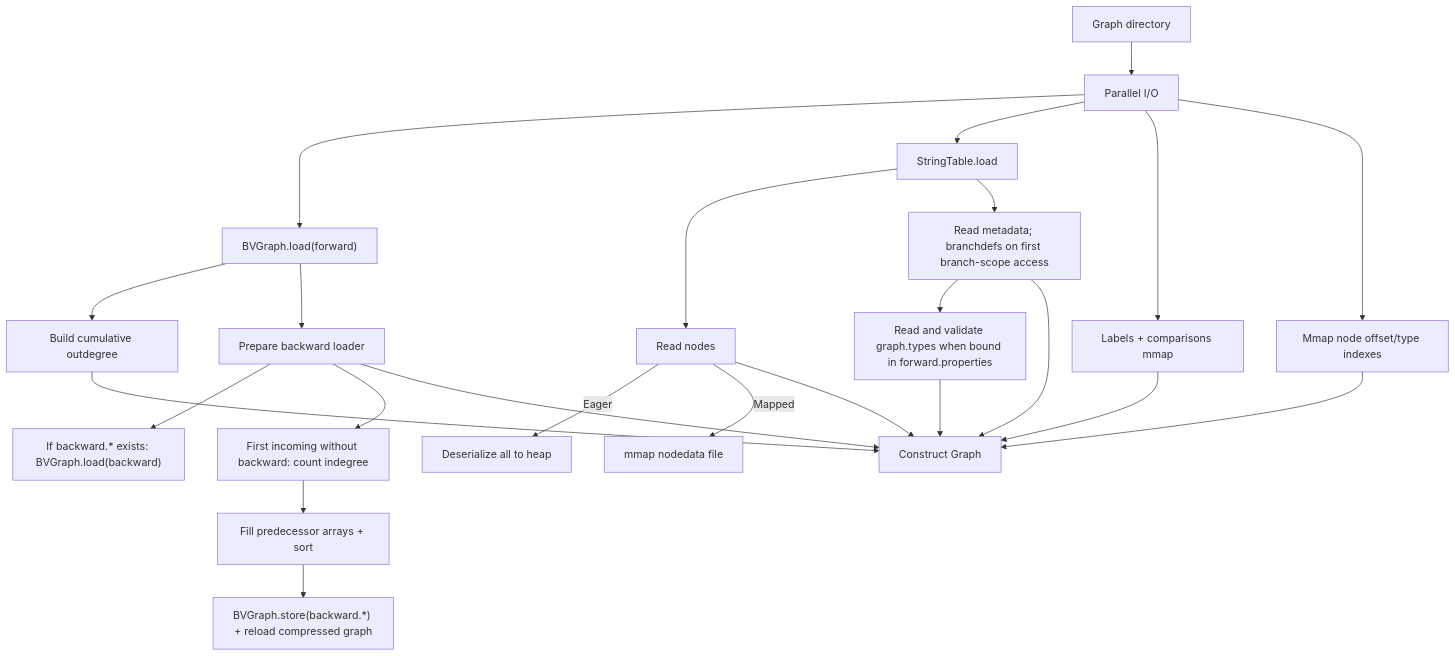
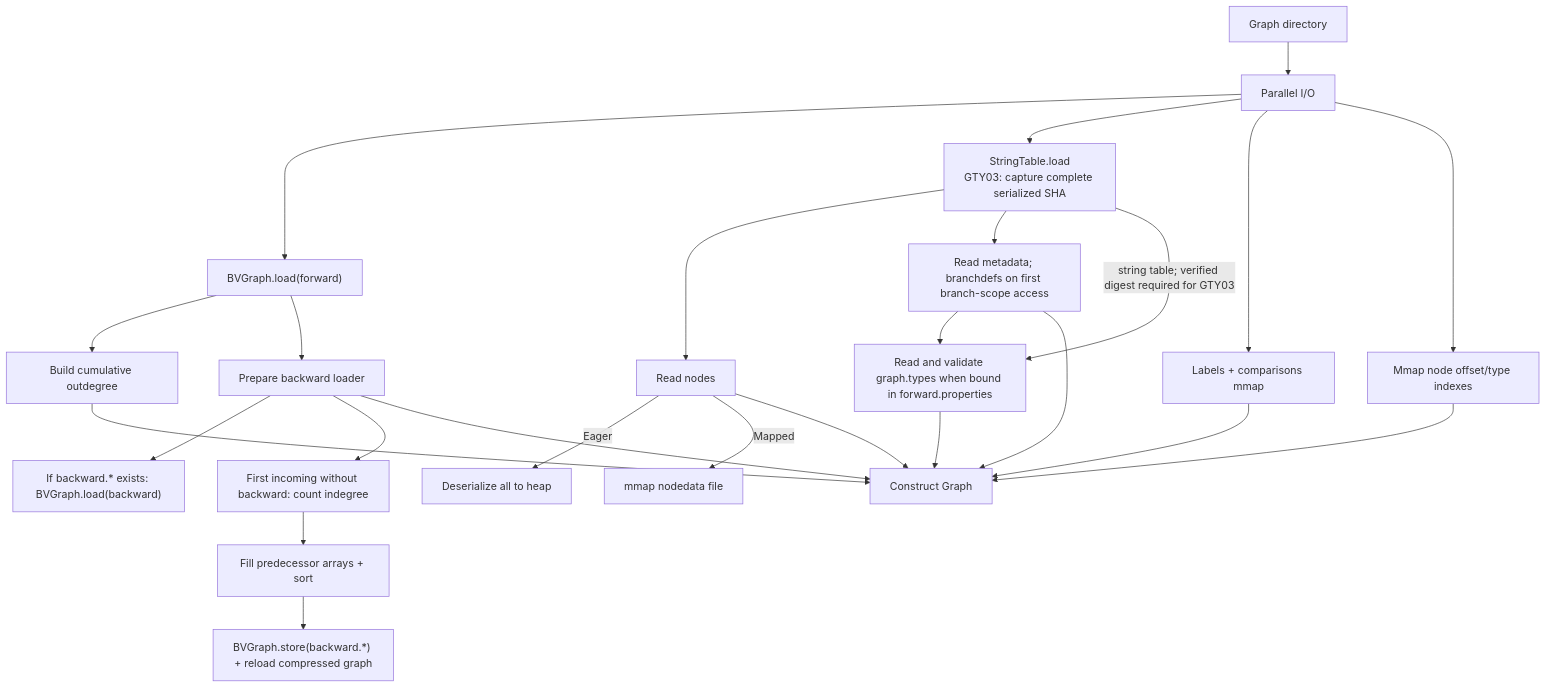
One commit to johnsonlee/graphite changed the fourth of 4 diagrams in docs/webgraph-storage.md. Above: the diagram before and after it, drawn with Mermaid. The commit also changed other lines of this file and 20 other files, not shown here.

Commit message:
refactor: share graph strings with declared type storage

````diff
--- a/docs/webgraph-storage.md
+++ b/docs/webgraph-storage.md
@@ -340,20 +340,21 @@
 ```mermaid
 graph TD
     A[Graph directory] --> B[Parallel I/O]
     B --> B1["BVGraph.load(forward)"]
-    B --> B2[StringTable.load]
+    B --> B2["StringTable.load<br/>GTY03: capture complete serialized SHA"]
     B --> B3[Labels + comparisons mmap]
     B --> B4[Mmap node offset/type indexes]
     B1 --> C[Build cumulative outdegree]
     B1 --> D[Prepare backward loader]
     D --> D1["If backward.* exists: BVGraph.load(backward)"]
     D --> D2[First incoming without backward: count indegree]
     D2 --> D3[Fill predecessor arrays + sort]
     D3 --> D4["BVGraph.store(backward.*) + reload compressed graph"]
     B2 --> E[Read nodes]
     E -->|Eager| E1[Deserialize all to heap]
     E -->|Mapped| E2[mmap nodedata file]
     B2 --> F[Read metadata; branchdefs on first branch-scope access]
     F --> T[Read and validate graph.types when bound in forward.properties]
+    B2 -->|"string table; verified digest required for GTY03"| T
     C & D & B3 & B4 & E & F & T --> G[Construct Graph]
 ```
````
